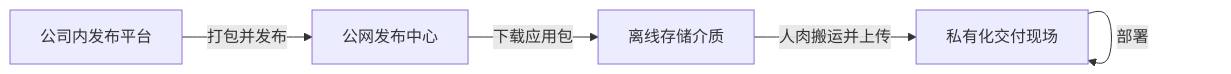
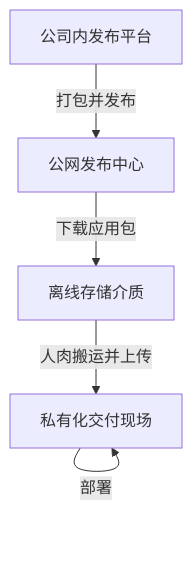
The first of 3 diagrams in content/posts/oras/index.md (raygecao/blog), drawn with Mermaid before and after one commit. The commit also changed other lines of this file and 1 other file, not shown here.

```diff
--- a/content/posts/oras/index.md
+++ b/content/posts/oras/index.md
@@ -35,11 +35,11 @@
 {{< mermaid >}}
-graph LR;
+graph TB;
 home[公司内发布平台]
 registry[公网发布中心]
 offline[离线存储介质]
 scenio[私有化交付现场]
 home --打包并发布--> registry
 registry --下载应用包-->offline
 offline --人肉搬运并上传-->scenio
 scenio--部署-->scenio
 {{< /mermaid >}}
```
